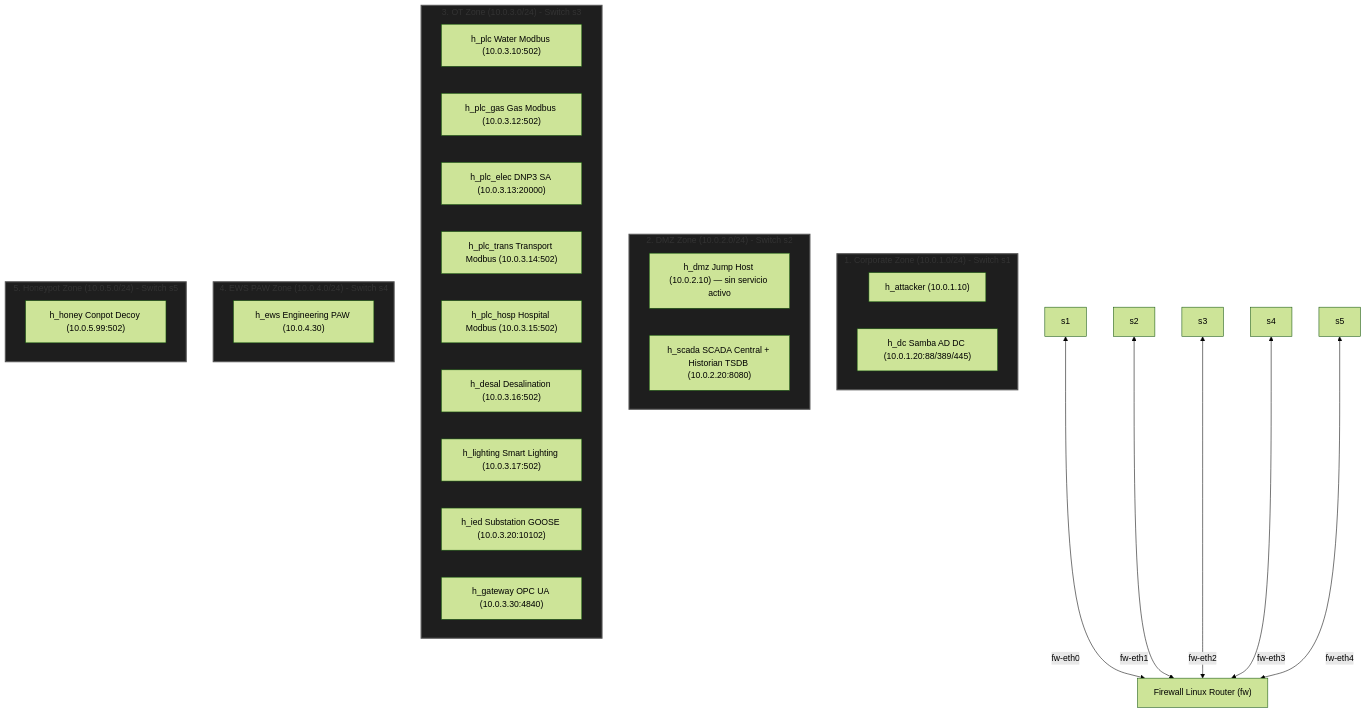
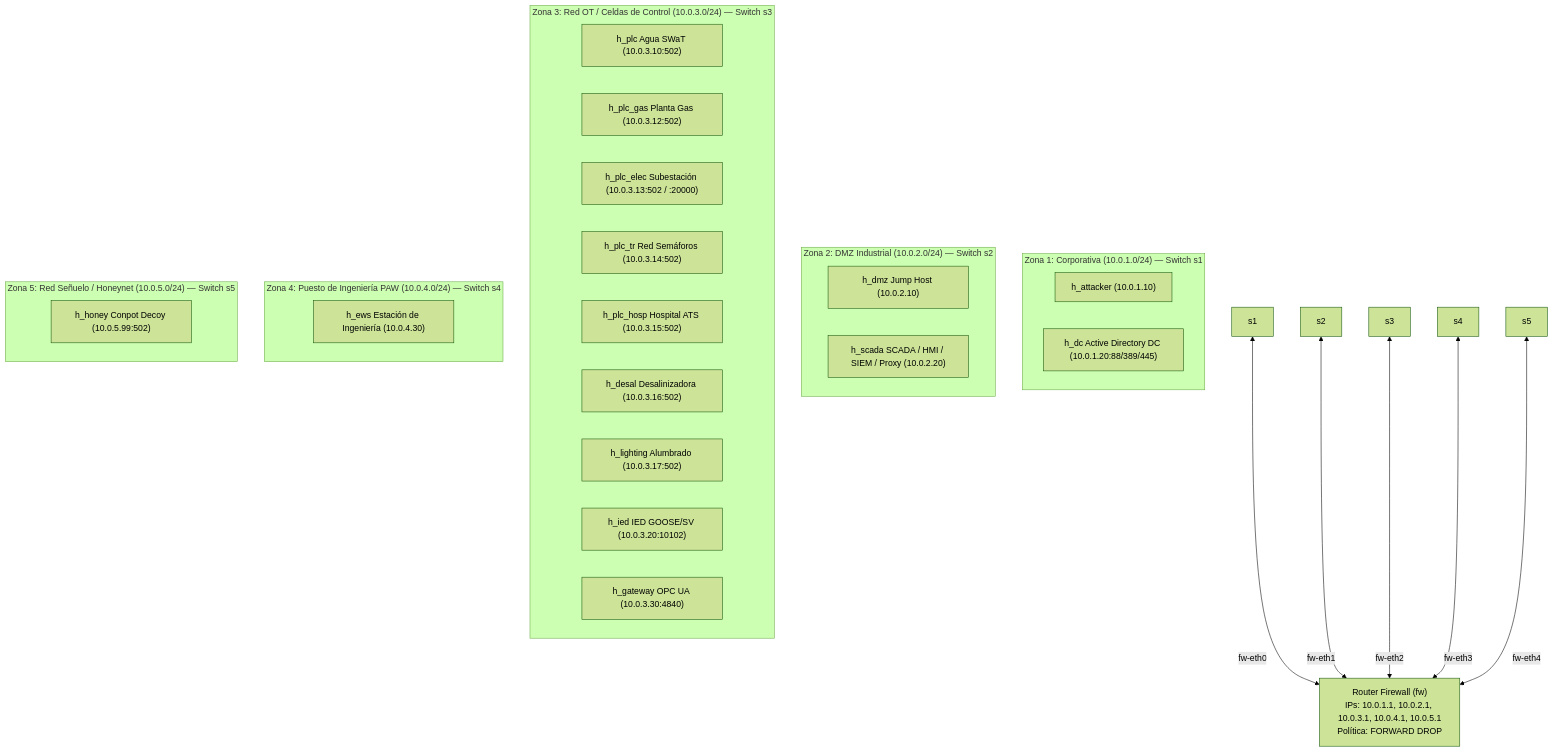
One commit to kripiman/CityLab changed the second of 4 diagrams in docs/ARCHITECTURE.md. Above: the diagram before and after it, drawn with Mermaid (forest theme). The commit also changed other lines of this file and 9 other files, not shown here.

Commit message:
docs(architecture): synchronize comprehensive system architecture, operations runbook, and scenarios with implementation

````diff
--- a/docs/ARCHITECTURE.md
+++ b/docs/ARCHITECTURE.md
@@ -17,43 +136,40 @@
 ```mermaid
 graph TD
-    subgraph CorpZone ["1. Corporate Zone (10.0.1.0/24) - Switch s1"]
+    subgraph Zone1 ["Zona 1: Corporativa (10.0.1.0/24) — Switch s1"]
         h_attacker["h_attacker (10.0.1.10)"]
-        h_dc["h_dc Samba AD DC (10.0.1.20:88/389/445)"]
+        h_dc["h_dc Active Directory DC (10.0.1.20:88/389/445)"]
     end
 
-    subgraph DmzZone ["2. DMZ Zone (10.0.2.0/24) - Switch s2"]
-        h_dmz["h_dmz Jump Host (10.0.2.10) — sin servicio activo"]
-        h_scada["h_scada SCADA Central + Historian TSDB (10.0.2.20:8080)"]
+    subgraph Zone2 ["Zona 2: DMZ Industrial (10.0.2.0/24) — Switch s2"]
+        h_dmz["h_dmz Jump Host (10.0.2.10)"]
+        h_scada["h_scada SCADA / HMI / SIEM / Proxy (10.0.2.20)"]
     end
 
-    subgraph OtZone ["3. OT Zone (10.0.3.0/24) - Switch s3"]
-        h_plc_water["h_plc Water Modbus (10.0.3.10:502)"]
-        h_plc_gas["h_plc_gas Gas Modbus (10.0.3.12:502)"]
-        h_plc_elec["h_plc_elec DNP3 SA (10.0.3.13:20000)"]
-        h_plc_trans["h_plc_trans Transport Modbus (10.0.3.14:502)"]
-        h_plc_hosp["h_plc_hosp Hospital Modbus (10.0.3.15:502)"]
-        h_desal["h_desal Desalination (10.0.3.16:502)"]
-        h_lighting["h_lighting Smart Lighting (10.0.3.17:502)"]
-        h_ied["h_ied Substation GOOSE (10.0.3.20:10102)"]
+    subgraph Zone3 ["Zona 3: Red OT / Celdas de Control (10.0.3.0/24) — Switch s3"]
+        h_plc["h_plc Agua SWaT (10.0.3.10:502)"]
+        h_plc_gas["h_plc_gas Planta Gas (10.0.3.12:502)"]
+        h_plc_elec["h_plc_elec Subestación (10.0.3.13:502 / :20000)"]
+        h_plc_tr["h_plc_tr Red Semáforos (10.0.3.14:502)"]
+        h_plc_hosp["h_plc_hosp Hospital ATS (10.0.3.15:502)"]
+        h_desal["h_desal Desalinizadora (10.0.3.16:502)"]
+        h_lighting["h_lighting Alumbrado (10.0.3.17:502)"]
+        h_ied["h_ied IED GOOSE/SV (10.0.3.20:10102)"]
         h_gateway["h_gateway OPC UA (10.0.3.30:4840)"]
     end
 
-    subgraph EwsZone ["4. EWS PAW Zone (10.0.4.0/24) - Switch s4"]
-        h_ews["h_ews Engineering PAW (10.0.4.30)"]
+    subgraph Zone4 ["Zona 4: Puesto de Ingeniería PAW (10.0.4.0/24) — Switch s4"]
+        h_ews["h_ews Estación de Ingeniería (10.0.4.30)"]
     end
 
-    subgraph HoneyZone ["5. Honeypot Zone (10.0.5.0/24) - Switch s5"]
+    subgraph Zone5 ["Zona 5: Red Señuelo / Honeynet (10.0.5.0/24) — Switch s5"]
         h_honey["h_honey Conpot Decoy (10.0.5.99:502)"]
     end
 
-    fw["Firewall Linux Router (fw)"]
+    fw["Router Firewall (fw)\nIPs: 10.0.1.1, 10.0.2.1, 10.0.3.1, 10.0.4.1, 10.0.5.1\nPolítica: FORWARD DROP"]
 
     s1 <-->|fw-eth0| fw
     s2 <-->|fw-eth1| fw
     s3 <-->|fw-eth2| fw
     s4 <-->|fw-eth3| fw
     s5 <-->|fw-eth4| fw
-
-    classDef zone fill:#1e1e1e,stroke:#555,stroke-width:2px;
-    class CorpZone,DmzZone,OtZone,EwsZone,HoneyZone zone;
 ```
````
